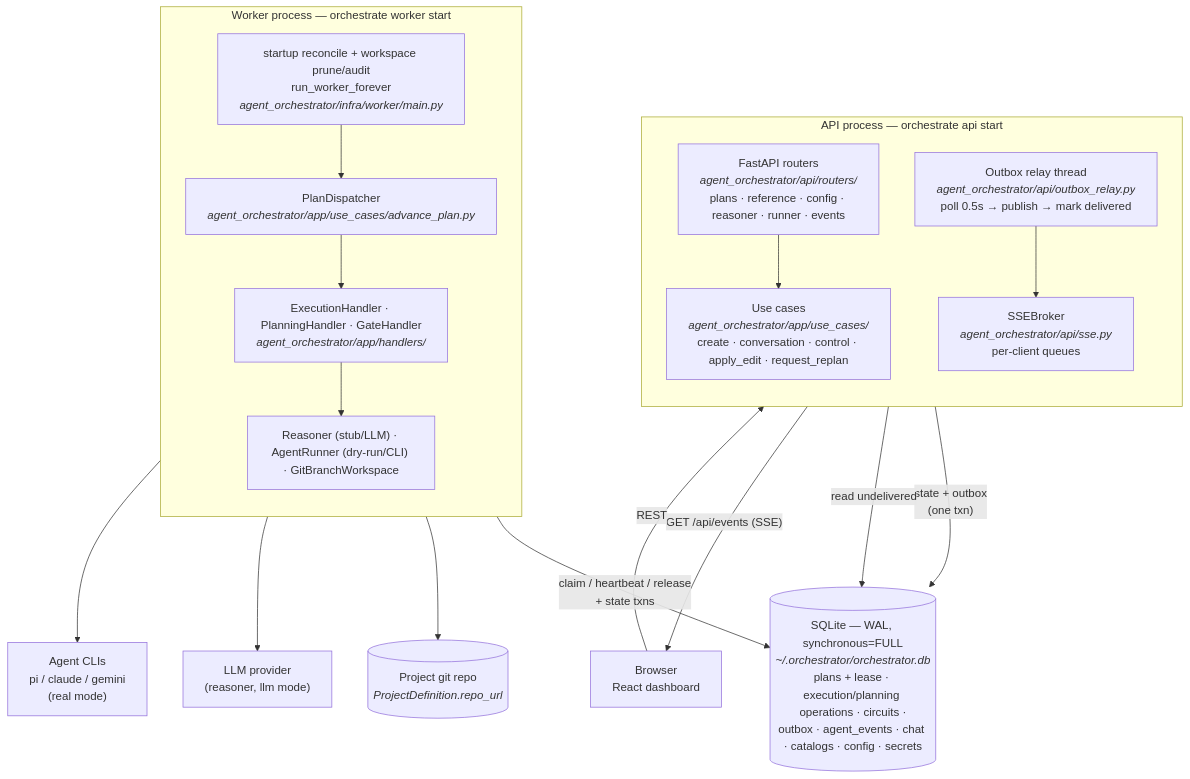
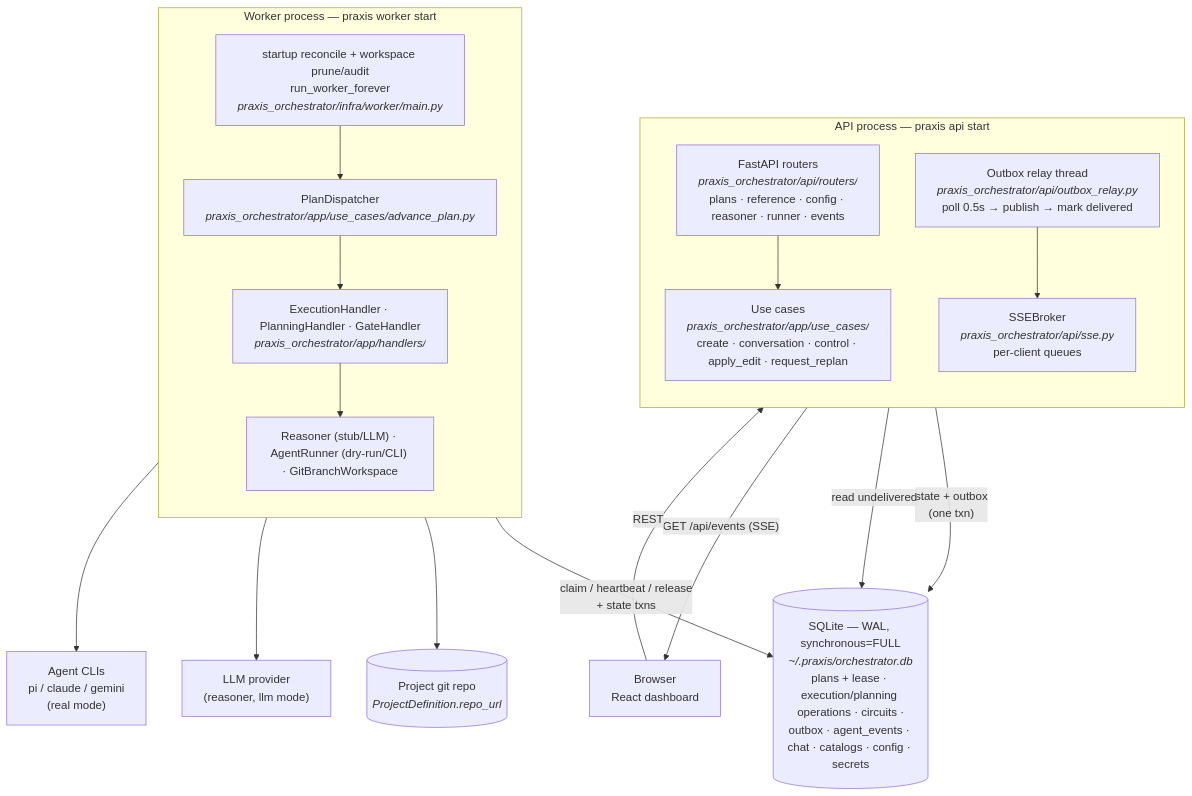
The first of 2 diagrams in docs/architecture/overview.md (guilhermeUpToTask/agent-orchestrator-prototype), drawn with Mermaid before and after one commit. The commit also changed other lines of this file and 730 other files, not shown here.

````diff
--- a/docs/architecture/overview.md
+++ b/docs/architecture/overview.md
@@ -11,37 +11,37 @@
 ```mermaid
 flowchart TB
-    subgraph apiproc["API process — orchestrate api start"]
+    subgraph apiproc["API process — praxis api start"]
         direction TB
-        routers["FastAPI routers<br/><i>agent_orchestrator/api/routers/</i><br/>plans · reference · config · reasoner · runner · events"]
-        usecases1["Use cases<br/><i>agent_orchestrator/app/use_cases/</i><br/>create · conversation · control · apply_edit · request_replan"]
-        broker["SSEBroker<br/><i>agent_orchestrator/api/sse.py</i><br/>per-client queues"]
-        relaythread["Outbox relay thread<br/><i>agent_orchestrator/api/outbox_relay.py</i><br/>poll 0.5s → publish → mark delivered"]
+        routers["FastAPI routers<br/><i>praxis_orchestrator/api/routers/</i><br/>plans · reference · config · reasoner · runner · events"]
+        usecases1["Use cases<br/><i>praxis_orchestrator/app/use_cases/</i><br/>create · conversation · control · apply_edit · request_replan"]
+        broker["SSEBroker<br/><i>praxis_orchestrator/api/sse.py</i><br/>per-client queues"]
+        relaythread["Outbox relay thread<br/><i>praxis_orchestrator/api/outbox_relay.py</i><br/>poll 0.5s → publish → mark delivered"]
         routers --> usecases1
     end
 
-    subgraph workerproc["Worker process — orchestrate worker start"]
+    subgraph workerproc["Worker process — praxis worker start"]
         direction TB
-        tick["startup reconcile + workspace prune/audit<br/>run_worker_forever<br/><i>agent_orchestrator/infra/worker/main.py</i>"]
-        dispatch["PlanDispatcher<br/><i>agent_orchestrator/app/use_cases/advance_plan.py</i>"]
-        handlers["ExecutionHandler · PlanningHandler · GateHandler<br/><i>agent_orchestrator/app/handlers/</i>"]
+        tick["startup reconcile + workspace prune/audit<br/>run_worker_forever<br/><i>praxis_orchestrator/infra/worker/main.py</i>"]
+        dispatch["PlanDispatcher<br/><i>praxis_orchestrator/app/use_cases/advance_plan.py</i>"]
+        handlers["ExecutionHandler · PlanningHandler · GateHandler<br/><i>praxis_orchestrator/app/handlers/</i>"]
         adapters["Reasoner (stub/LLM) · AgentRunner (dry-run/CLI) · GitBranchWorkspace"]
         tick --> dispatch --> handlers --> adapters
     end
 
-    db[("SQLite — WAL, synchronous=FULL<br/><i>~/.orchestrator/orchestrator.db</i><br/>plans + lease · execution/planning operations · circuits ·<br/>outbox · agent_events · chat · catalogs · config · secrets")]
+    db[("SQLite — WAL, synchronous=FULL<br/><i>~/.praxis/orchestrator.db</i><br/>plans + lease · execution/planning operations · circuits ·<br/>outbox · agent_events · chat · catalogs · config · secrets")]
 
     browser["Browser<br/>React dashboard"]
     repo[("Project git repo<br/><i>ProjectDefinition.repo_url</i>")]
     llm["LLM provider<br/>(reasoner, llm mode)"]
     clis["Agent CLIs<br/>pi / claude / gemini<br/>(real mode)"]
 
     usecases1 -- "state + outbox<br/>(one txn)" --> db
     relaythread -- "read undelivered" --> db
     relaythread --> broker
     broker -- "GET /api/events (SSE)" --> browser
     browser -- REST --> routers
     tick -- "claim / heartbeat / release<br/>+ state txns" --> db
     adapters --> repo
     adapters --> llm
     adapters --> clis
 ```
````
